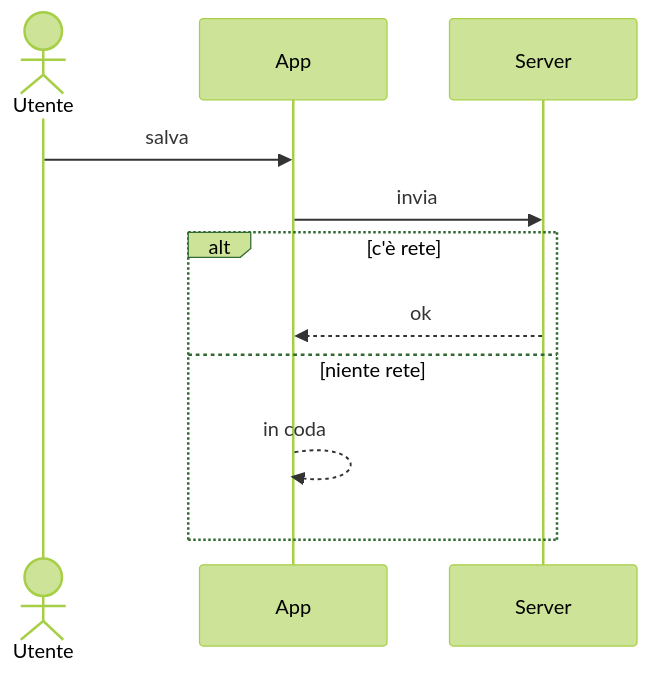
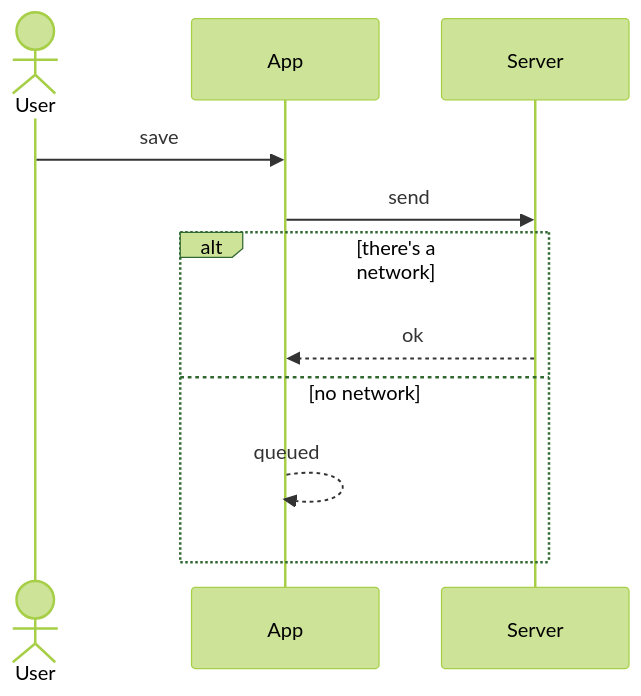
Before and after one commit to pablolok/claude-skills: the sixth of 6 diagrams in published/workflow/mermaid-diagrams/smoke-test.md, drawn with Mermaid (forest theme). The commit also changed other lines of this file and 37 other files, not shown here.

First line of the commit message:
feat(mermaid-diagrams, writing-architecture-docs, typescript-react-standards): 1.1.0 — English, generic, no project's stack

````diff
--- a/published/workflow/mermaid-diagrams/smoke-test.md
+++ b/published/workflow/mermaid-diagrams/smoke-test.md
@@ -68,13 +68,13 @@
 ```mermaid
 sequenceDiagram
-    actor U as Utente
+    actor U as User
     participant A as App
     participant S as Server
-    U->>A: salva
-    A->>S: invia
-    alt c'è rete
+    U->>A: save
+    A->>S: send
+    alt there's a network
         S-->>A: ok
-    else niente rete
-        A-->>A: in coda
+    else no network
+        A-->>A: queued
     end
 ```
````
